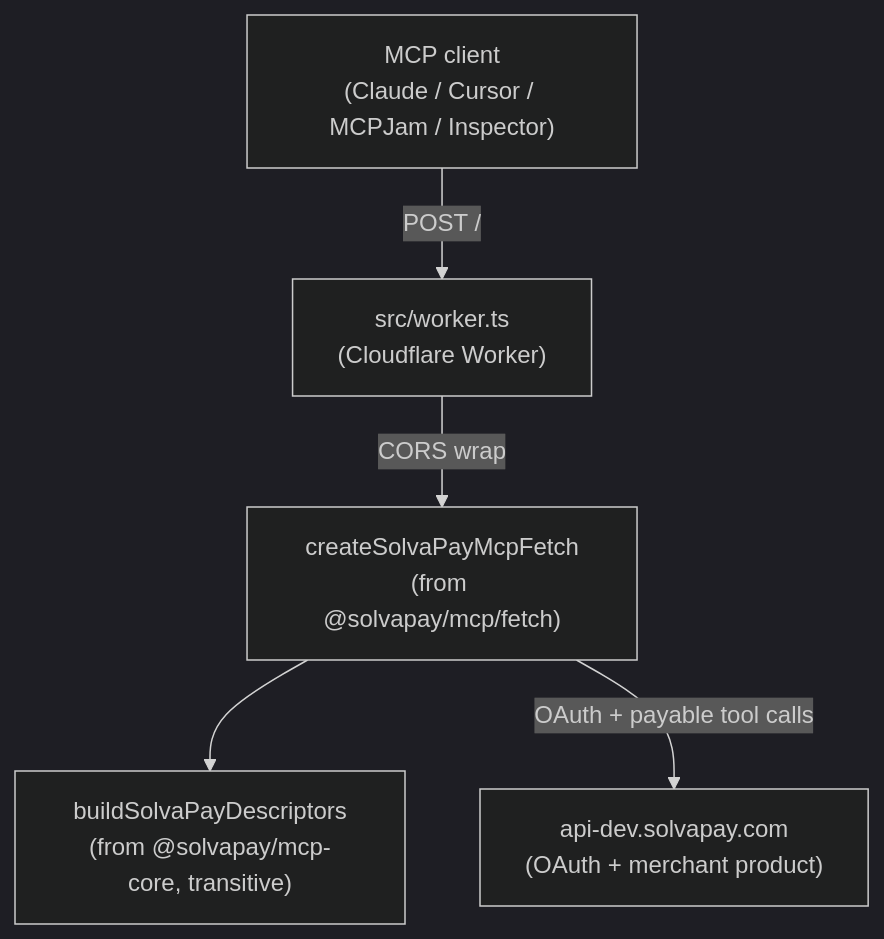
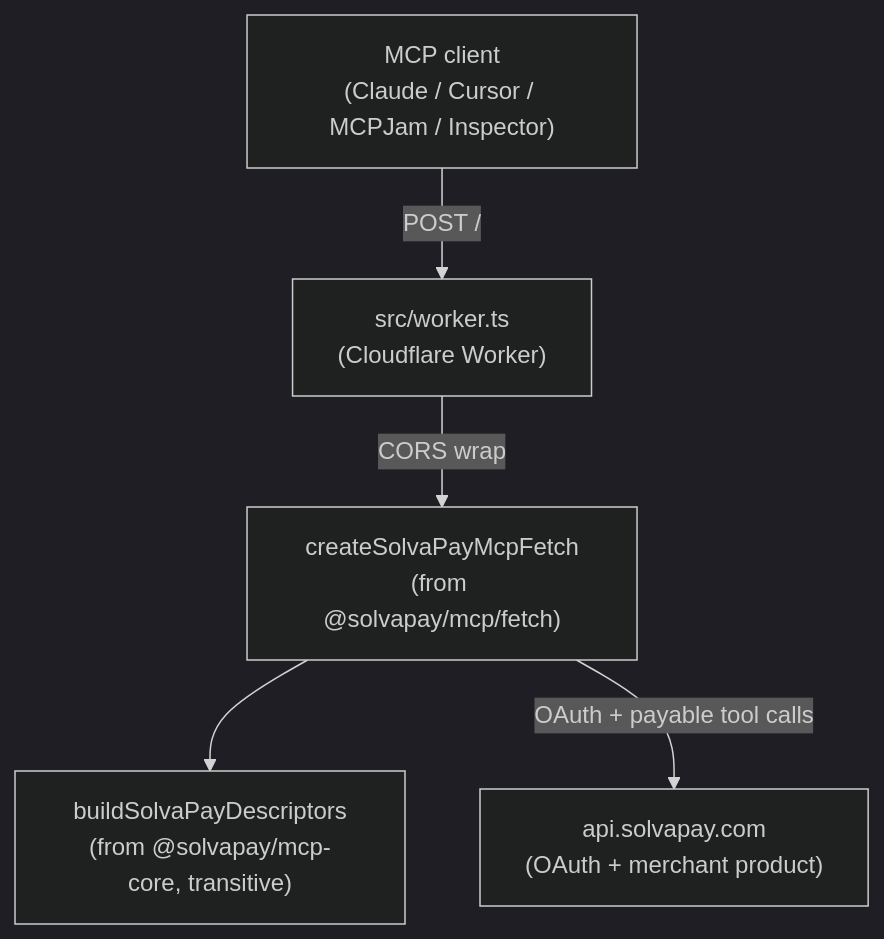
The diagram in examples/cloudflare-workers-mcp/README.md (solvapay/solvapay-sdk), drawn with Mermaid (dark theme) before and after one commit. The commit also changed other lines of this file and 3 other files, not shown here.

First line of the commit message:
fix(examples/cloudflare-workers-mcp): default to api.solvapay.com (prod)

````diff
--- a/examples/cloudflare-workers-mcp/README.md
+++ b/examples/cloudflare-workers-mcp/README.md
@@ -87,13 +87,13 @@
 ```mermaid
 flowchart TD
     Client["MCP client<br/>(Claude / Cursor / MCPJam / Inspector)"]
     Worker["src/worker.ts<br/>(Cloudflare Worker)"]
     Fetch["createSolvaPayMcpFetch<br/>(from @solvapay/mcp/fetch)"]
     Core["buildSolvaPayDescriptors<br/>(from @solvapay/mcp-core, transitive)"]
-    API["api-dev.solvapay.com<br/>(OAuth + merchant product)"]
+    API["api.solvapay.com<br/>(OAuth + merchant product)"]
 
     Client -->|POST /| Worker
     Worker -->|CORS wrap| Fetch
     Fetch --> Core
     Fetch -->|OAuth + payable tool calls| API
 ```
````
